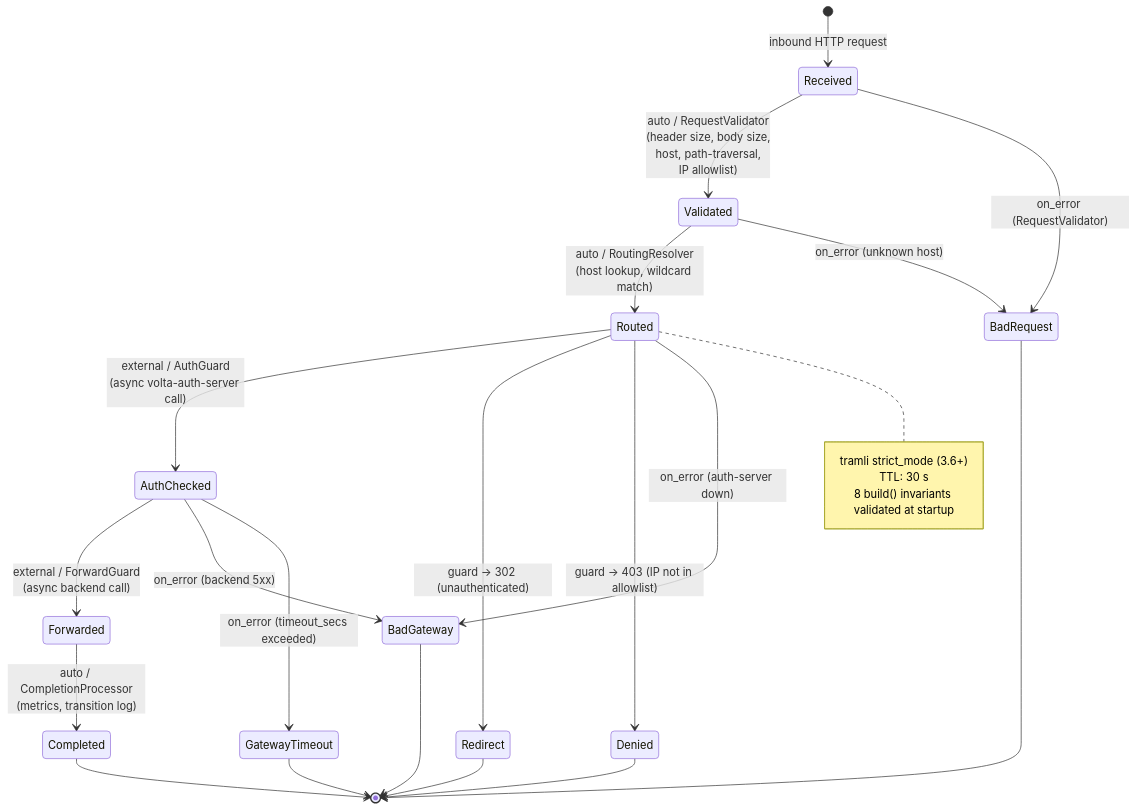
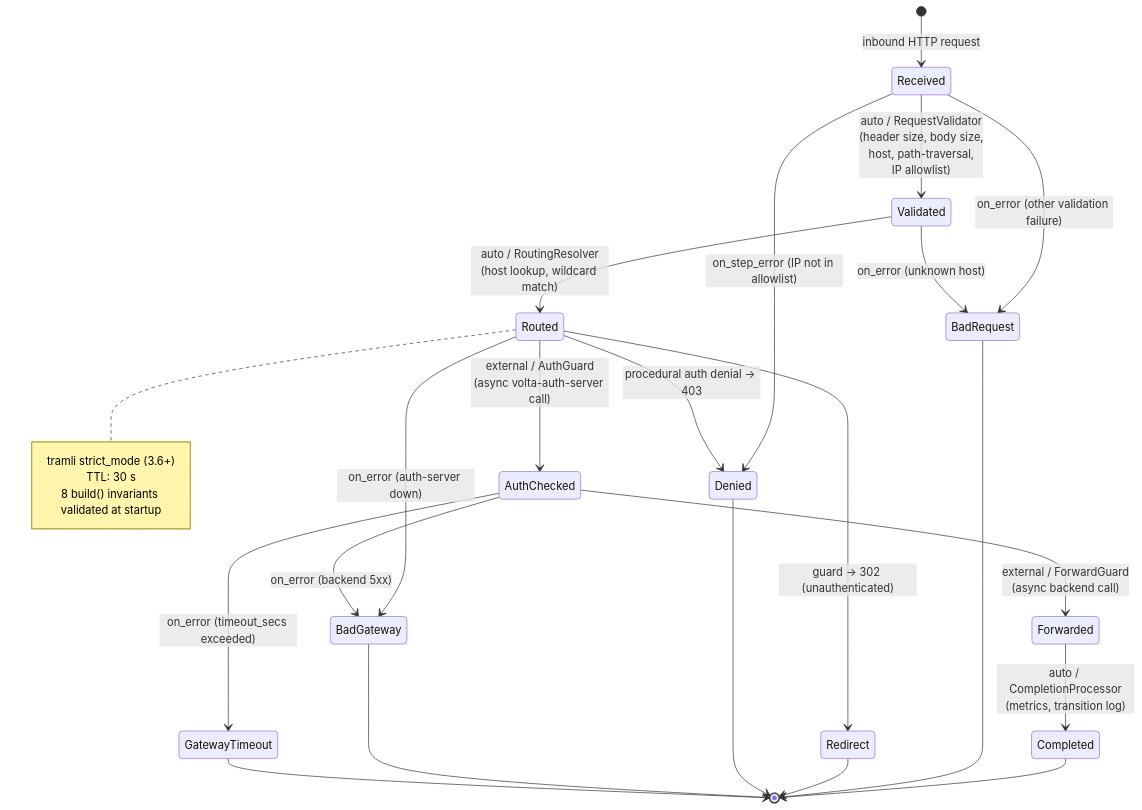
Before and after one commit to opaopa6969/volta-gateway: the tenth of 11 diagrams in spec/SPEC.md, drawn with Mermaid. The commit also changed other lines of this file and 5 other files, not shown here.

````diff
--- a/spec/SPEC.md
+++ b/spec/SPEC.md
@@ -2077,34 +2079,35 @@
 ```mermaid
 stateDiagram-v2
     [*] --> Received : inbound HTTP request
 
     Received --> Validated : auto / RequestValidator<br/>(header size, body size,<br/>host, path-traversal,<br/>IP allowlist)
-    Received --> BadRequest : on_error (RequestValidator)
+    Received --> Denied : on_step_error (IP not in allowlist)
+    Received --> BadRequest : on_error (other validation failure)
 
     Validated --> Routed : auto / RoutingResolver<br/>(host lookup, wildcard match)
     Validated --> BadRequest : on_error (unknown host)
 
     Routed --> AuthChecked : external / AuthGuard<br/>(async volta-auth-server call)
     Routed --> Redirect : guard → 302 (unauthenticated)
-    Routed --> Denied : guard → 403 (IP not in allowlist)
+    Routed --> Denied : procedural auth denial → 403
     Routed --> BadGateway : on_error (auth-server down)
 
     AuthChecked --> Forwarded : external / ForwardGuard<br/>(async backend call)
     AuthChecked --> BadGateway : on_error (backend 5xx)
     AuthChecked --> GatewayTimeout : on_error (timeout_secs exceeded)
 
     Forwarded --> Completed : auto / CompletionProcessor<br/>(metrics, transition log)
 
     Completed --> [*]
     BadRequest --> [*]
     Redirect --> [*]
     Denied --> [*]
     BadGateway --> [*]
     GatewayTimeout --> [*]
 
     note right of Routed
         tramli strict_mode (3.6+)
         TTL: 30 s
         8 build() invariants validated at startup
     end note
 ```
````
